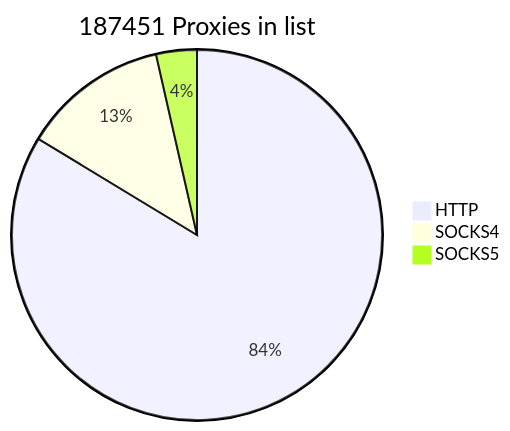
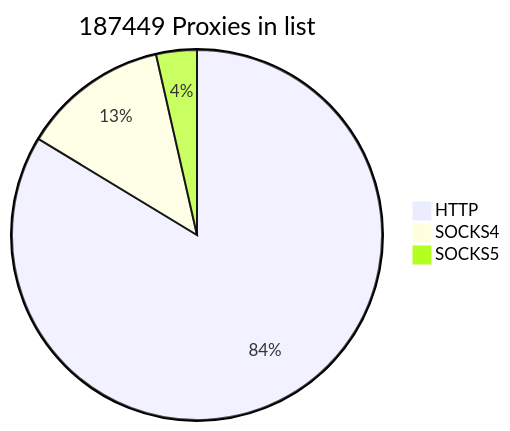
One commit to cutipu/proxylist changed the first of 2 diagrams in README.md. Above: the diagram before and after it, drawn with Mermaid. The commit also changed other lines of this file, not shown here.

````diff
--- a/README.md
+++ b/README.md
@@ -2,7 +2,7 @@
 ```mermaid
-pie title 187451 Proxies in list
-    "HTTP" : 156848
-    "SOCKS4" : 23939
+pie title 187449 Proxies in list
+    "HTTP" : 156849
+    "SOCKS4" : 23936
     "SOCKS5" : 6664
             
 ```
````
